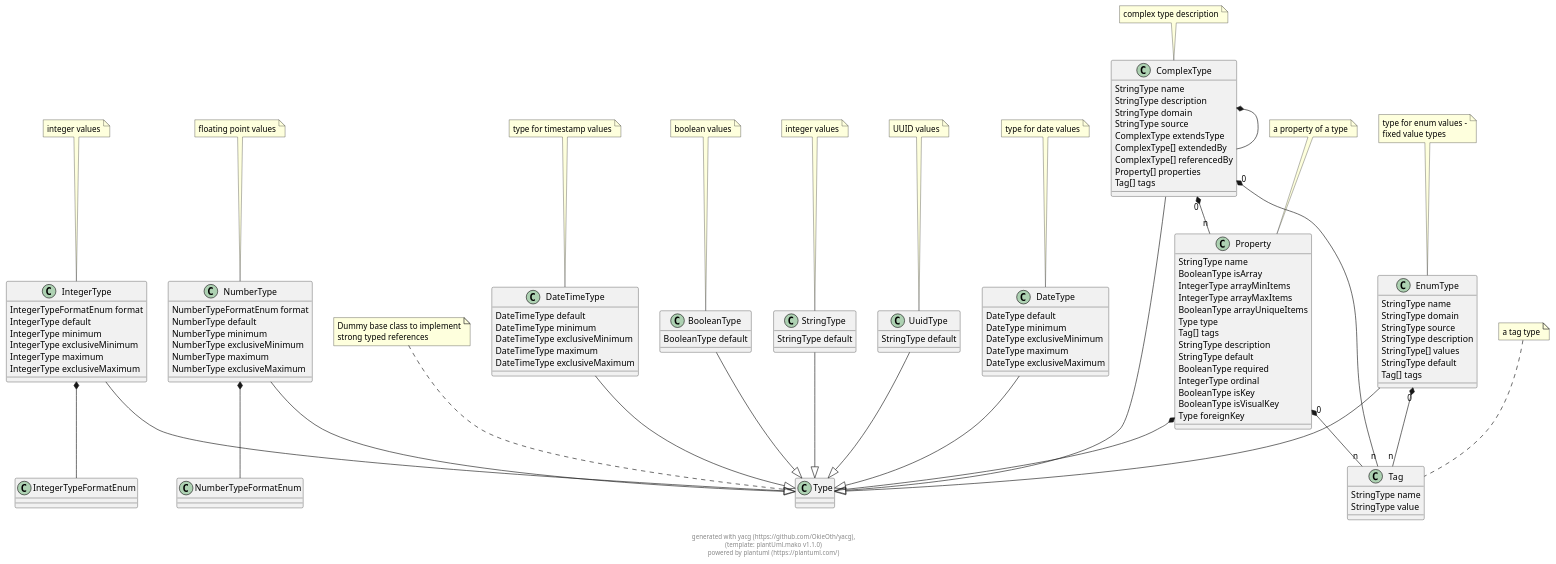
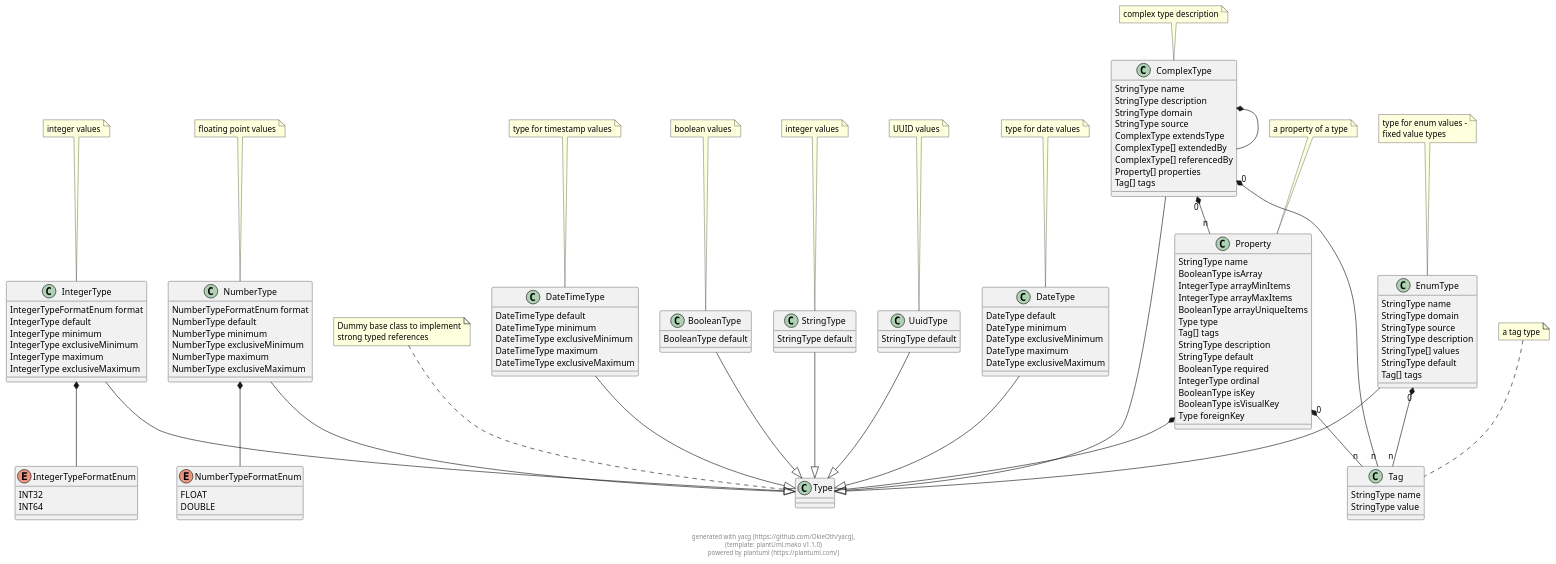
Before and after one commit to OkieOth/yacg: the diagram in docs/puml/yacg_model.puml, drawn with PlantUML. The commit also changed 11 other files, not shown here.

```diff
--- a/docs/puml/yacg_model.puml
+++ b/docs/puml/yacg_model.puml
@@ -2,170 +2,174 @@
 @startuml
 
 class Type {
 }
- 
+
 note top: Dummy base class to implement\nstrong typed references
 
 class IntegerType {
-    IntegerTypeFormatEnum format 
-    IntegerType default 
-    IntegerType minimum 
-    IntegerType exclusiveMinimum 
-    IntegerType maximum 
-    IntegerType exclusiveMaximum 
+        IntegerTypeFormatEnum format 
+        IntegerType default 
+        IntegerType minimum 
+        IntegerType exclusiveMinimum 
+        IntegerType maximum 
+        IntegerType exclusiveMaximum 
 }
- 
+
 note top: integer values
 
 IntegerType --|> Type
-class IntegerTypeFormatEnum {
+enum IntegerTypeFormatEnum {
+    INT32
+    INT64
 }
- 
+
 
 class NumberType {
-    NumberTypeFormatEnum format 
-    NumberType default 
-    NumberType minimum 
-    NumberType exclusiveMinimum 
-    NumberType maximum 
-    NumberType exclusiveMaximum 
+        NumberTypeFormatEnum format 
+        NumberType default 
+        NumberType minimum 
+        NumberType exclusiveMinimum 
+        NumberType maximum 
+        NumberType exclusiveMaximum 
 }
- 
+
 note top: floating point values
 
 NumberType --|> Type
-class NumberTypeFormatEnum {
+enum NumberTypeFormatEnum {
+    FLOAT
+    DOUBLE
 }
- 
+
 
 class BooleanType {
-    BooleanType default 
+        BooleanType default 
 }
- 
+
 note top: boolean values
 
 BooleanType --|> Type
 class StringType {
-    StringType default 
+        StringType default 
 }
- 
+
 note top: integer values
 
 StringType --|> Type
 class UuidType {
-    StringType default 
+        StringType default 
 }
- 
+
 note top: UUID values
 
 UuidType --|> Type
 class EnumType {
-    StringType name 
-    StringType domain 
-    StringType source 
-    StringType description 
-    StringType[] values 
-    StringType default 
-    Tag[] tags 
+        StringType name 
+        StringType domain 
+        StringType source 
+        StringType description 
+        StringType[] values 
+        StringType default 
+        Tag[] tags 
 }
- 
+
 note top: type for enum values -\nfixed value types
 
 EnumType --|> Type
 class Tag {
-    StringType name 
-    StringType value 
+        StringType name 
+        StringType value 
 }
- 
+
 note top: a tag type
 
 class DateType {
-    DateType default 
-    DateType minimum 
-    DateType exclusiveMinimum 
-    DateType maximum 
-    DateType exclusiveMaximum 
+        DateType default 
+        DateType minimum 
+        DateType exclusiveMinimum 
+        DateType maximum 
+        DateType exclusiveMaximum 
 }
- 
+
 note top: type for date values
 
 DateType --|> Type
 class DateTimeType {
-    DateTimeType default 
-    DateTimeType minimum 
-    DateTimeType exclusiveMinimum 
-    DateTimeType maximum 
-    DateTimeType exclusiveMaximum 
+        DateTimeType default 
+        DateTimeType minimum 
+        DateTimeType exclusiveMinimum 
+        DateTimeType maximum 
+        DateTimeType exclusiveMaximum 
 }
- 
+
 note top: type for timestamp values
 
 DateTimeType --|> Type
 class ComplexType {
-    StringType name 
-    StringType description 
-    StringType domain 
-    StringType source 
-    ComplexType extendsType 
-    ComplexType[] extendedBy 
-    ComplexType[] referencedBy 
-    Property[] properties 
-    Tag[] tags 
+        StringType name 
+        StringType description 
+        StringType domain 
+        StringType source 
+        ComplexType extendsType 
+        ComplexType[] extendedBy 
+        ComplexType[] referencedBy 
+        Property[] properties 
+        Tag[] tags 
 }
- 
+
 note top: complex type description
 
 ComplexType --|> Type
 class Property {
-    StringType name 
-    BooleanType isArray 
-    IntegerType arrayMinItems 
-    IntegerType arrayMaxItems 
-    BooleanType arrayUniqueItems 
-    Type type 
-    Tag[] tags 
-    StringType description 
-    StringType default 
-    BooleanType required 
-    IntegerType ordinal 
-    BooleanType isKey 
-    BooleanType isVisualKey 
-    Type foreignKey 
+        StringType name 
+        BooleanType isArray 
+        IntegerType arrayMinItems 
+        IntegerType arrayMaxItems 
+        BooleanType arrayUniqueItems 
+        Type type 
+        Tag[] tags 
+        StringType description 
+        StringType default 
+        BooleanType required 
+        IntegerType ordinal 
+        BooleanType isKey 
+        BooleanType isVisualKey 
+        Type foreignKey 
 }
- 
+
 note top: a property of a type
 
 
     
     
 IntegerType  *--  IntegerTypeFormatEnum        
             
     
     
 NumberType  *--  NumberTypeFormatEnum        
             
     
     
     
     
     
 EnumType "0" *-- "n" Tag        
             
     
     
     
     
 ComplexType  *--  ComplexType        
             
 ComplexType "0" *-- "n" Property        
             
 ComplexType "0" *-- "n" Tag        
             
     
 Property  *--  Type        
             
 Property "0" *-- "n" Tag        
             
 
 footer \ngenerated with yacg (https://github.com/OkieOth/yacg),\n(template: plantUml.mako v1.1.0)\npowered by plantuml (https://plantuml.com/)
 @enduml
```
